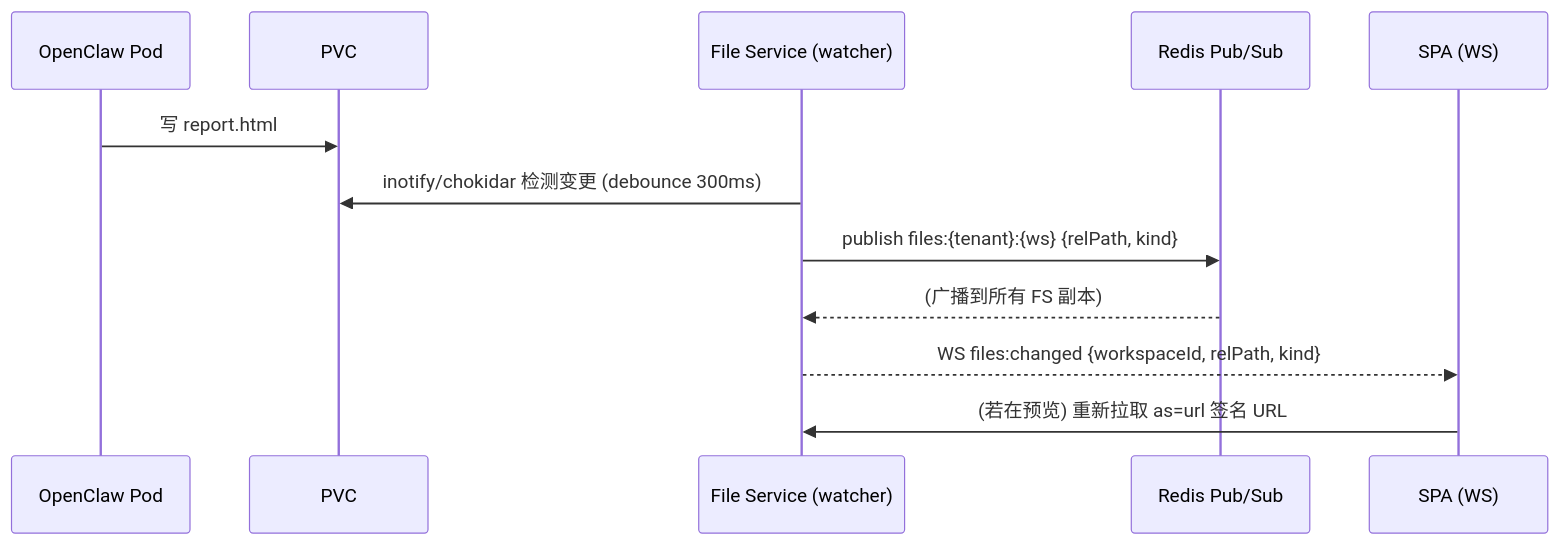
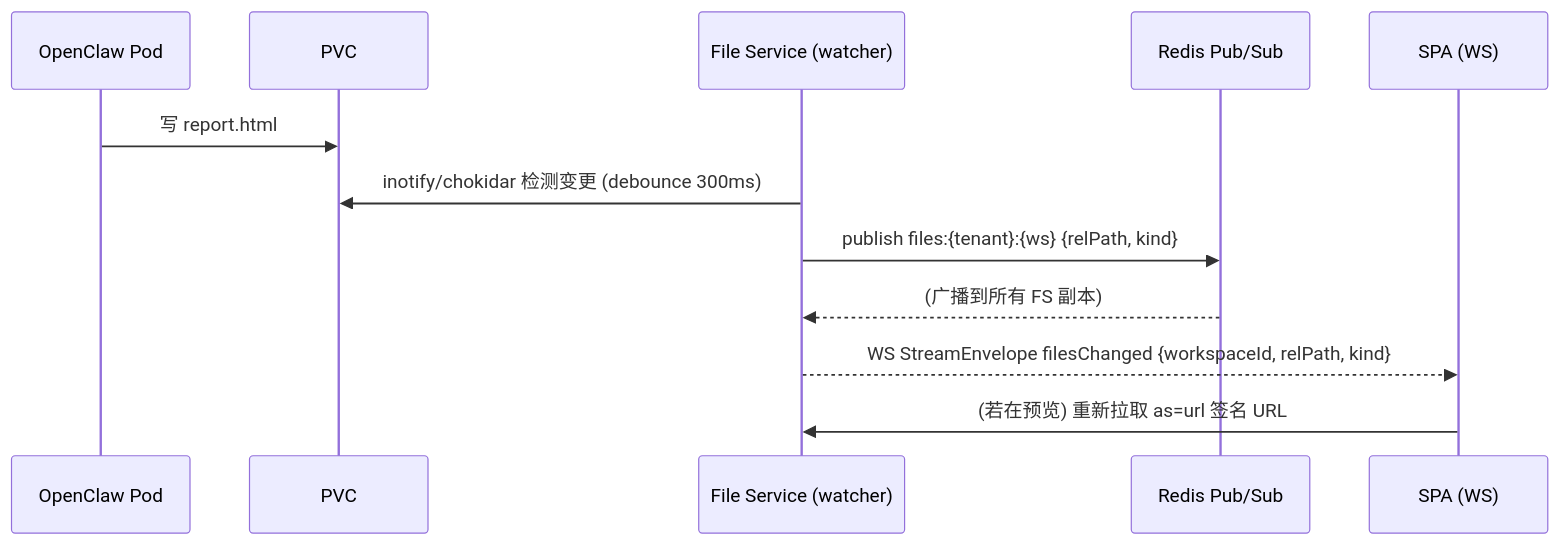
Before and after one commit to edward-ng-duke/LobsterAI: the fifth of 7 diagrams in 改造计划/08-文件工作区与对象存储.md, drawn with Mermaid. The commit also changed other lines of this file and 27 other files, not shown here.

````diff
--- a/改造计划/08-文件工作区与对象存储.md
+++ b/改造计划/08-文件工作区与对象存储.md
@@ -374,15 +382,15 @@
 ```mermaid
 sequenceDiagram
   participant Agent as OpenClaw Pod
   participant PVC as PVC
   participant FS as File Service (watcher)
   participant Redis as Redis Pub/Sub
   participant UI as SPA (WS)
 
   Agent->>PVC: 写 report.html
   FS->>PVC: inotify/chokidar 检测变更 (debounce 300ms)
   FS->>Redis: publish files:{tenant}:{ws} {relPath, kind}
   Redis-->>FS: (广播到所有 FS 副本)
-  FS-->>UI: WS files:changed {workspaceId, relPath, kind}
+  FS-->>UI: WS StreamEnvelope filesChanged {workspaceId, relPath, kind}
   UI->>FS: (若在预览) 重新拉取 as=url 签名 URL
 ```
````
